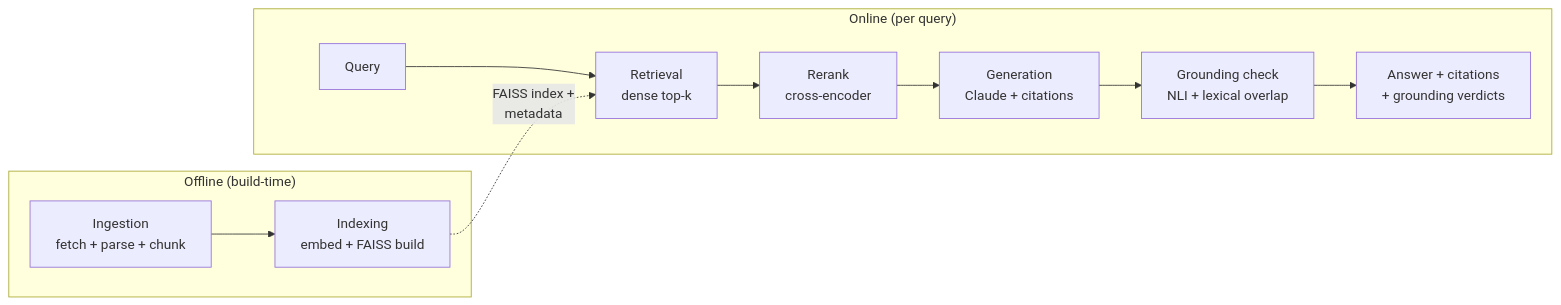
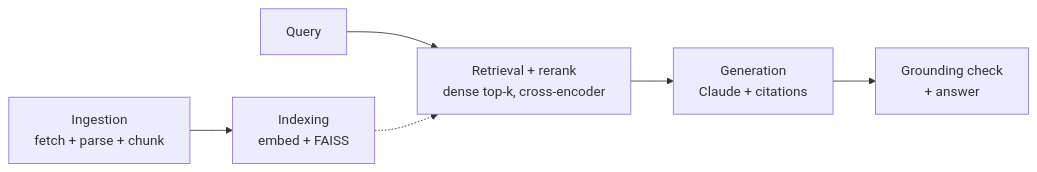
The diagram in README.md (lofeodo/rag-with-receipts), drawn with Mermaid before and after one commit. The commit also changed other lines of this file, not shown here.

First line of the commit message:
docs(readme): fix cramped Mermaid diagram; cut internal-process language

````diff
--- a/README.md
+++ b/README.md
@@ -30,18 +29,7 @@
 ```mermaid
 flowchart LR
-    subgraph Offline["Offline (build-time)"]
-        ING["Ingestion<br/>fetch + parse + chunk"]
-        IDX["Indexing<br/>embed + FAISS build"]
-        ING --> IDX
-    end
-
-    subgraph Online["Online (per query)"]
-        Q["Query"] --> RET["Retrieval<br/>dense top-k"]
-        RET --> RR["Rerank<br/>cross-encoder"]
-        RR --> GEN["Generation<br/>Claude + citations"]
-        GEN --> GRD["Grounding check<br/>NLI + lexical overlap"]
-        GRD --> OUT["Answer + citations<br/>+ grounding verdicts"]
-    end
-
-    IDX -. "FAISS index +\nmetadata" .-> RET
+    ING["Ingestion<br/>fetch + parse + chunk"] --> IDX["Indexing<br/>embed + FAISS"]
+    Q["Query"] --> RET["Retrieval + rerank<br/>dense top-k, cross-encoder"]
+    IDX -.-> RET
+    RET --> GEN["Generation<br/>Claude + citations"] --> VER["Grounding check<br/>+ answer"]
 ```
````
